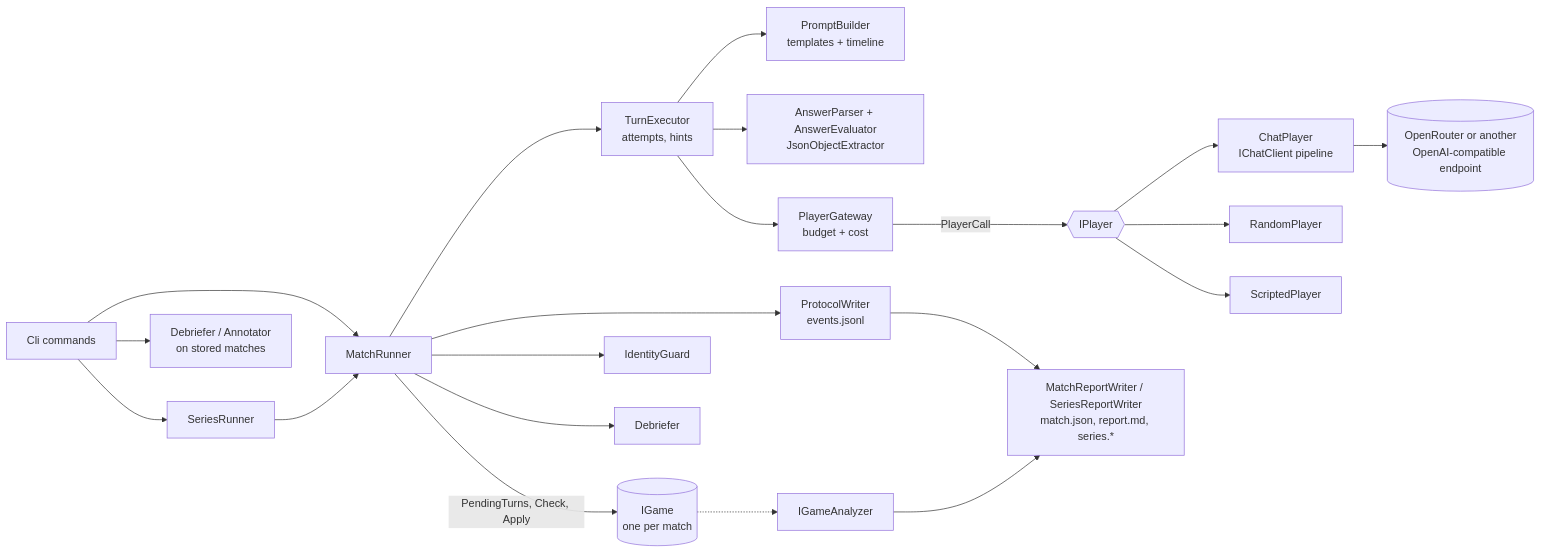
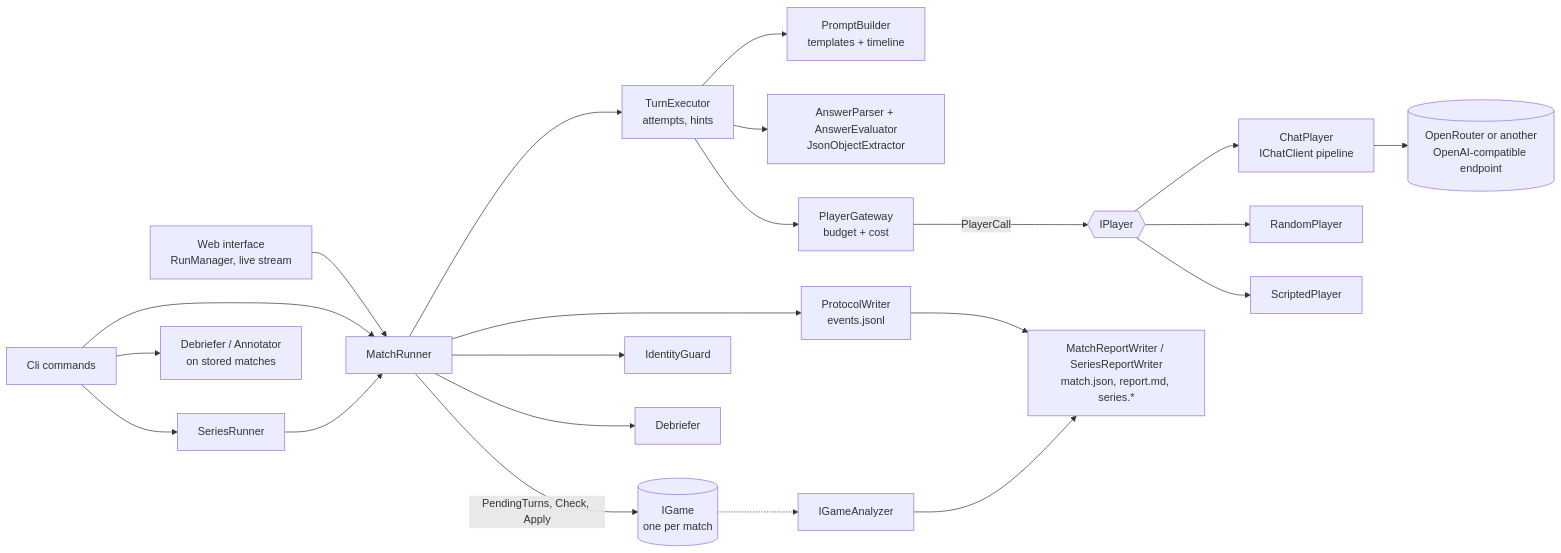
Before and after one commit to chr0mcom/LLM-Shootout: the first of 3 diagrams in docs/architecture.md, drawn with Mermaid. The commit also changed other lines of this file and 14 other files, not shown here.

````diff
--- a/docs/architecture.md
+++ b/docs/architecture.md
@@ -18,23 +19,24 @@
 ```mermaid
 flowchart LR
+  Web[Web interface<br/>RunManager, live stream] --> Runner
   CLI[Cli commands] --> Series[SeriesRunner]
   CLI --> Runner[MatchRunner]
   CLI --> Deb2[Debriefer / Annotator<br/>on stored matches]
   Series --> Runner
   Runner -->|PendingTurns, Check, Apply| Game[(IGame<br/>one per match)]
   Runner --> Exec[TurnExecutor<br/>attempts, hints]
   Exec --> Prompts[PromptBuilder<br/>templates + timeline]
   Exec --> Parser[AnswerParser + AnswerEvaluator<br/>JsonObjectExtractor]
   Exec --> Gate[PlayerGateway<br/>budget + cost]
   Gate -->|PlayerCall| Players{{IPlayer}}
   Players --> Chat[ChatPlayer<br/>IChatClient pipeline]
   Players --> Random[RandomPlayer]
   Players --> Script[ScriptedPlayer]
   Chat --> OR[(OpenRouter or another<br/>OpenAI-compatible endpoint)]
   Runner --> Guard[IdentityGuard]
   Runner --> Log[ProtocolWriter<br/>events.jsonl]
   Runner --> Debrief[Debriefer]
   Log --> Report[MatchReportWriter / SeriesReportWriter<br/>match.json, report.md, series.*]
   Game -.-> Analyzer[IGameAnalyzer]
   Analyzer --> Report
 ```
````
